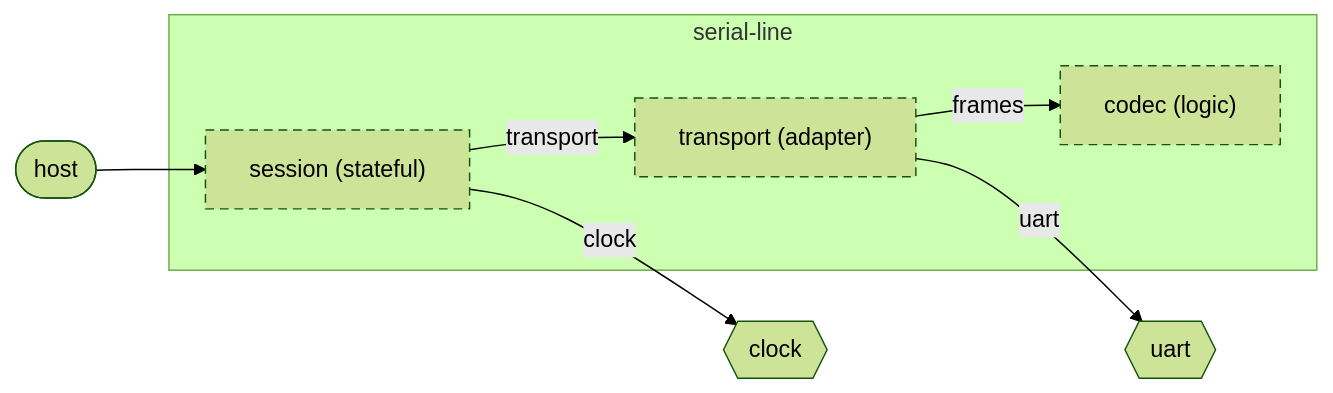
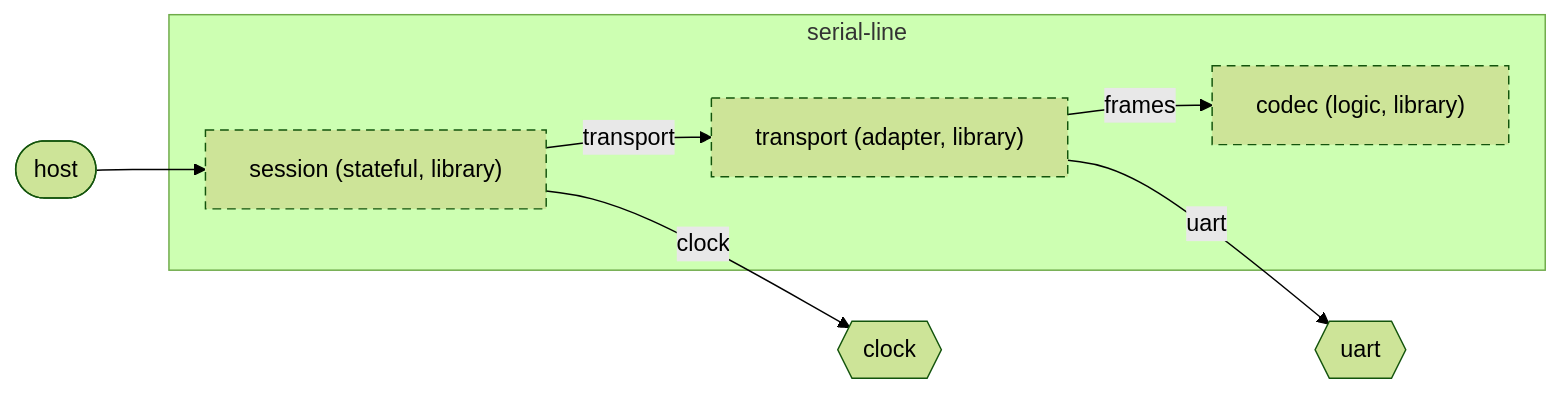
Before and after one commit to wackazong/unifold: the diagram in examples/serial-line/docs/diagrams/component.md, drawn with Mermaid (forest theme). The commit also changed other lines of this file and 38 other files, not shown here.

````diff
--- a/examples/serial-line/docs/diagrams/component.md
+++ b/examples/serial-line/docs/diagrams/component.md
@@ -8,21 +8,21 @@
 ```mermaid
 flowchart LR
   subgraph u_root["serial-line"]
-    u_codec["codec (logic)"]
-    u_session["session (stateful)"]
-    u_transport["transport (adapter)"]
+    u_codec["codec (logic, library)"]
+    u_session["session (stateful, library)"]
+    u_transport["transport (adapter, library)"]
   end
   n_root___clock{{"clock"}}
   n_root___uart{{"uart"}}
   p_root___host(["host"])
   u_session -->|"transport"| u_transport
   u_session -->|"clock"| n_root___clock
   u_transport -->|"frames"| u_codec
   u_transport -->|"uart"| n_root___uart
   p_root___host --> u_session
   classDef focus stroke-width:4px
   classDef planned stroke-dasharray:6 4
   classDef deprecated stroke-dasharray:2 2,opacity:0.6
   classDef plain stroke-dasharray:2 3
   class u_codec,u_session,u_transport planned
 ```
````
